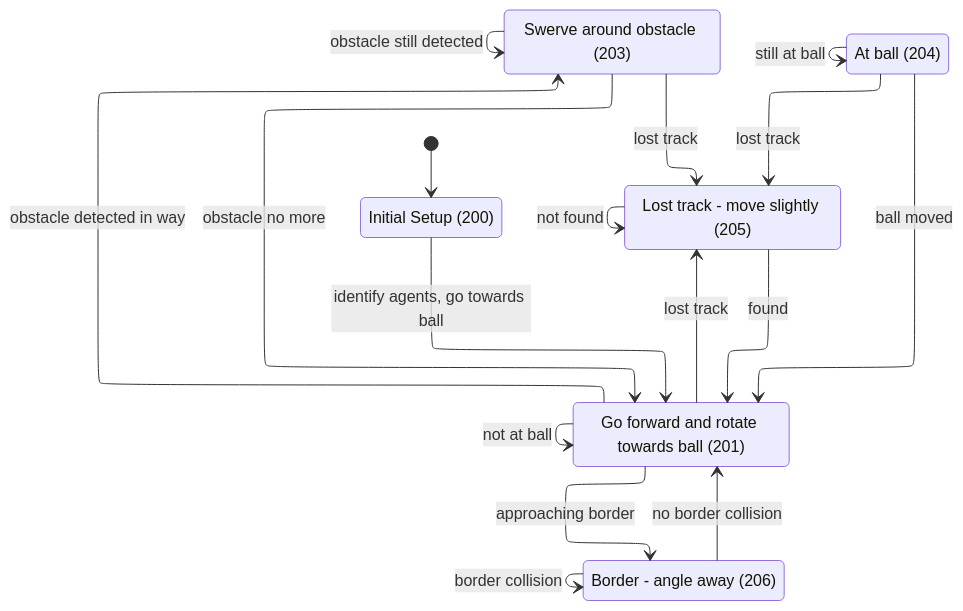
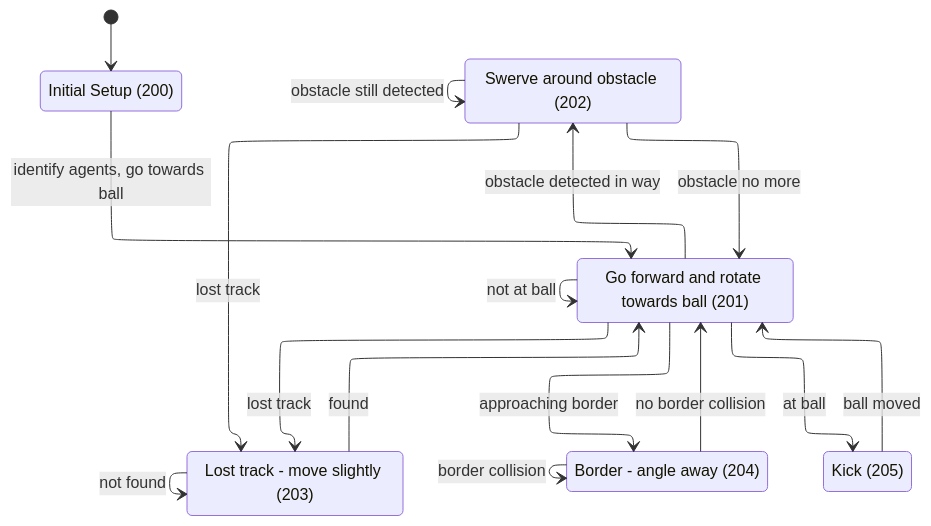
The diagram in FSM diagrams/follow-ball.mmd (Wengxin04/CSC85-RoboSoccer), drawn with Mermaid before and after one commit. The commit also changed 1 other file, not shown here.

Commit message:
edit FSM diagrams

```diff
--- a/FSM diagrams/follow-ball.mmd
+++ b/FSM diagrams/follow-ball.mmd
@@ -1,44 +1,44 @@
 ---
 config:
   layout: elk
 ---
 stateDiagram
     direction TB
 
     %% Define States
     state "Initial Setup (200)" as Init
     state "Go forward and rotate towards ball (201)" as GoForwardRotate
     %% state "Go straight towards ball (202)" as GoStraight
-    state "Swerve around obstacle (203)" as Swerve
-    state "At ball (204)" as AtBall
-    state "Lost track - move slightly (205)" as LostTrack
-    state "Border - angle away (206)" as Border
+    state "Swerve around obstacle (202)" as Swerve
+    %%state "At ball (204)" as AtBall
+    state "Lost track - move slightly (203)" as LostTrack
+    state "Border - angle away (204)" as Border
+    state "Kick (205)" as Kick
 
     %% Transitions
     [*] --> Init
     Init --> GoForwardRotate: identify agents, go towards ball
     
     GoForwardRotate --> LostTrack : lost track
     GoForwardRotate --> GoForwardRotate : not at ball
     GoForwardRotate --> Swerve: obstacle detected in way
     GoForwardRotate --> Border: approaching border
+    GoForwardRotate --> Kick: at ball
     %%GoForwardRotate --> GoStraight : facing ball
     
     %%GoStraight --> LostTrack : lost track
     %%GoStraight --> GoForwardRotate : ball moved
     %%GoStraight --> Swerve : obstacle detected
     %%GoStraight --> AtBall : arrived at ball
     
     Swerve --> LostTrack : lost track
     Swerve --> Swerve : obstacle still detected
     Swerve --> GoForwardRotate : obstacle no more
     
-    AtBall --> LostTrack : lost track
-    AtBall --> AtBall: still at ball
-    AtBall --> GoForwardRotate: ball moved
+    Kick --> GoForwardRotate: ball moved
 
     LostTrack --> LostTrack: not found
     LostTrack --> GoForwardRotate: found
 
     Border --> Border: border collision
     Border --> GoForwardRotate: no border collision
```
